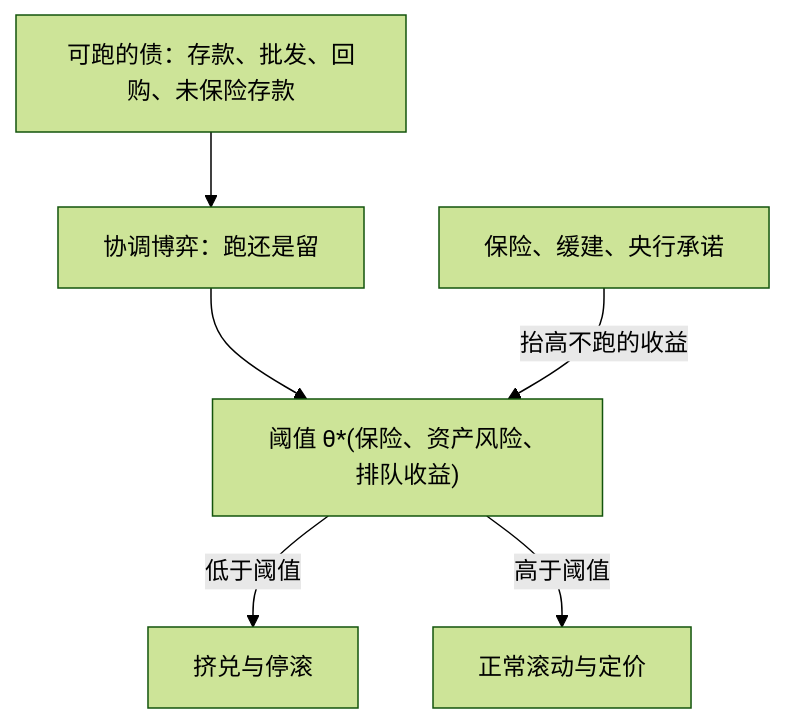
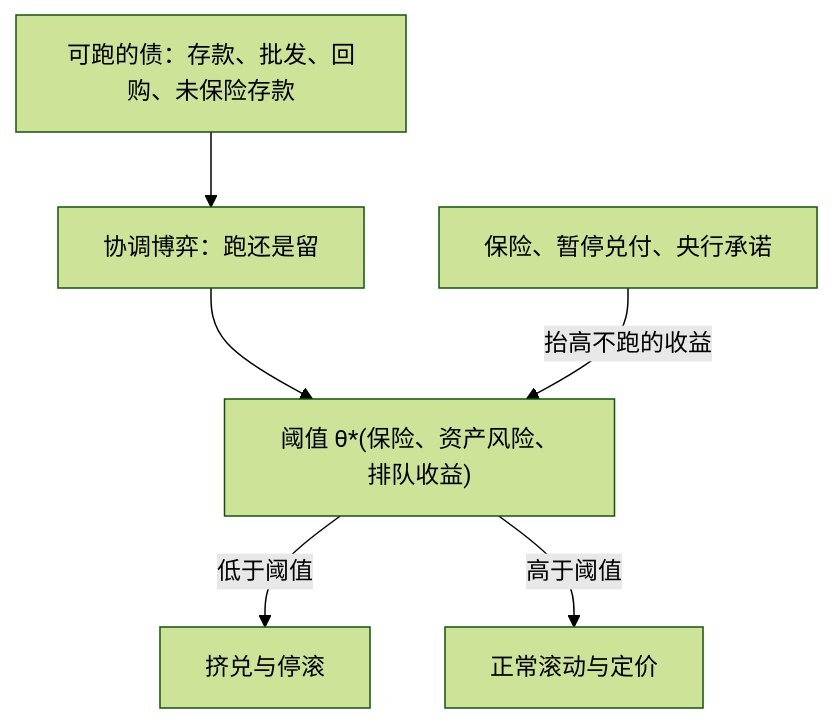
Before and after one commit to xhongduo-tech/xhongduo-tech.github.io: the first of 2 diagrams in docs/econ/bm-modern-runs.md, drawn with Mermaid (forest theme). The commit also changed other lines of this file and 4 other files, not shown here.

````diff
--- a/docs/econ/bm-modern-runs.md
+++ b/docs/econ/bm-modern-runs.md
@@ -34,8 +34,8 @@
 ```mermaid
 flowchart TD
   DEBT["可跑的债：存款、批发、回购、未保险存款"] --> GAME["协调博弈：跑还是留"]
   GAME --> TH["阈值 θ*(保险、资产风险、排队收益)"]
   TH -->|"低于阈值"| RUN["挤兑与停滚"]
   TH -->|"高于阈值"| ROLL["正常滚动与定价"]
-  INS["保险、缓建、央行承诺"] -->|"抬高不跑的收益"| TH
+  INS["保险、暂停兑付、央行承诺"] -->|"抬高不跑的收益"| TH
 ```
````
